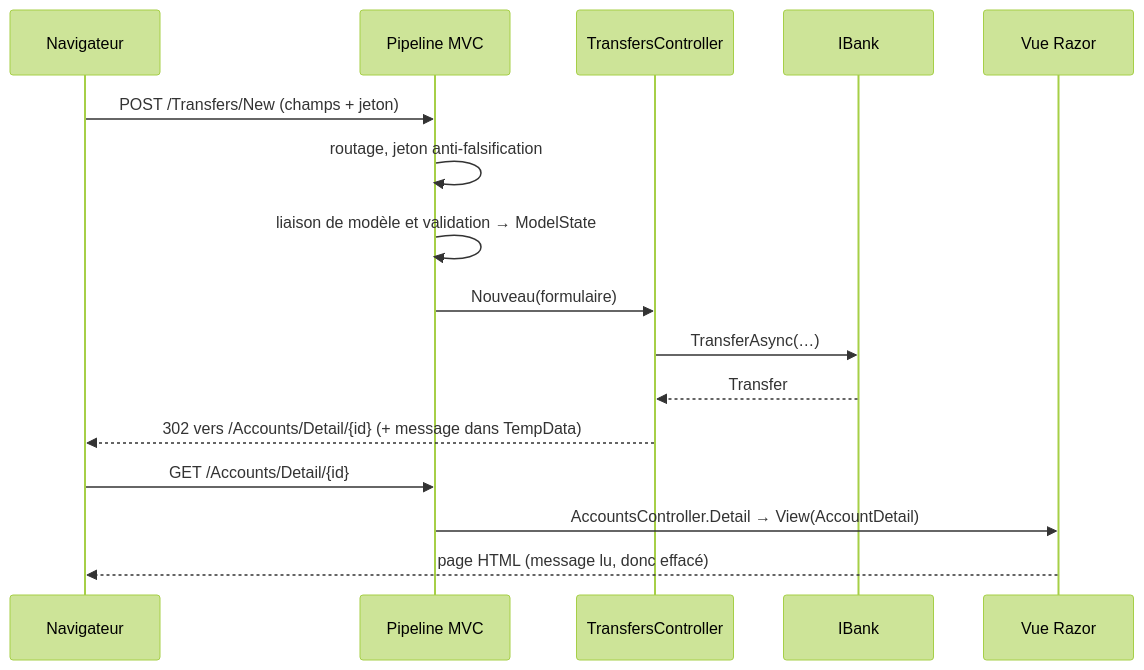
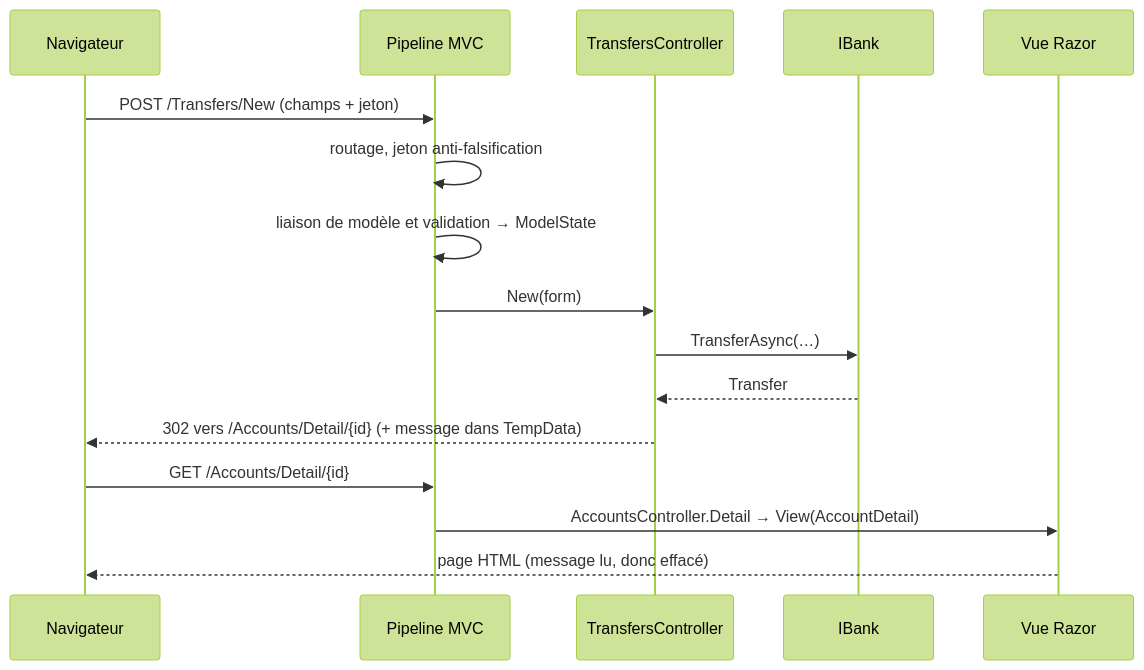
One commit to drangoht/ArchitecturesDemo changed the second of 3 diagrams in Docs/24-mvc-mvvm.md. Above: the diagram before and after it, drawn with Mermaid (forest theme). The commit also changed 78 other files, not shown here.

First line of the commit message:
Docs EN : identifiants, liens, diagrammes et sorties alignés sur le code anglais

````diff
--- a/Docs/24-mvc-mvvm.md
+++ b/Docs/24-mvc-mvvm.md
@@ -88,18 +88,18 @@
 ```mermaid
 sequenceDiagram
     participant N as Navigateur
     participant P as Pipeline MVC
     participant C as TransfersController
     participant B as IBank
     participant V as Vue Razor
     N->>P: POST /Transfers/New (champs + jeton)
     P->>P: routage, jeton anti-falsification
     P->>P: liaison de modèle et validation → ModelState
-    P->>C: Nouveau(formulaire)
+    P->>C: New(form)
     C->>B: TransferAsync(…)
     B-->>C: Transfer
     C-->>N: 302 vers /Accounts/Detail/{id} (+ message dans TempData)
     N->>P: GET /Accounts/Detail/{id}
     P->>V: AccountsController.Detail → View(AccountDetail)
     V-->>N: page HTML (message lu, donc effacé)
 ```
````
